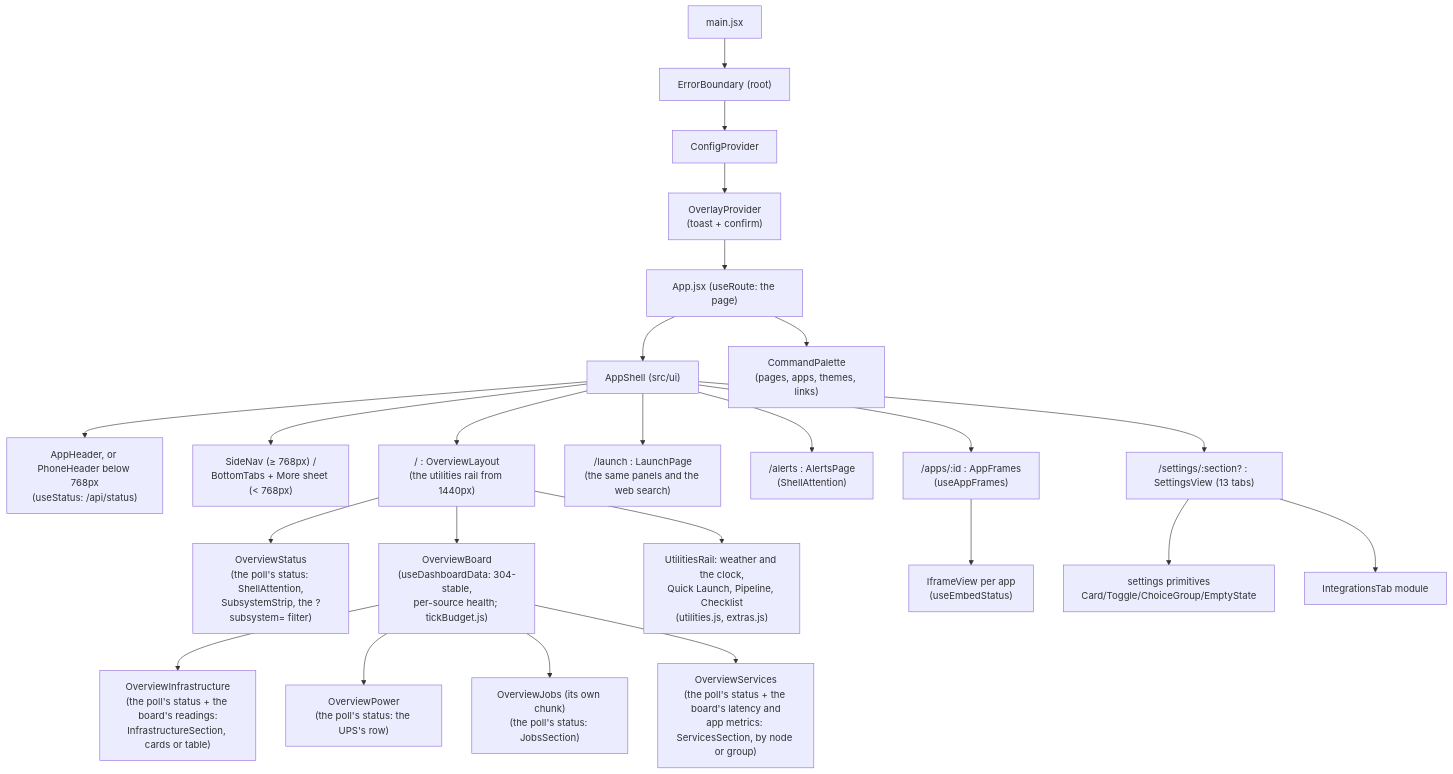
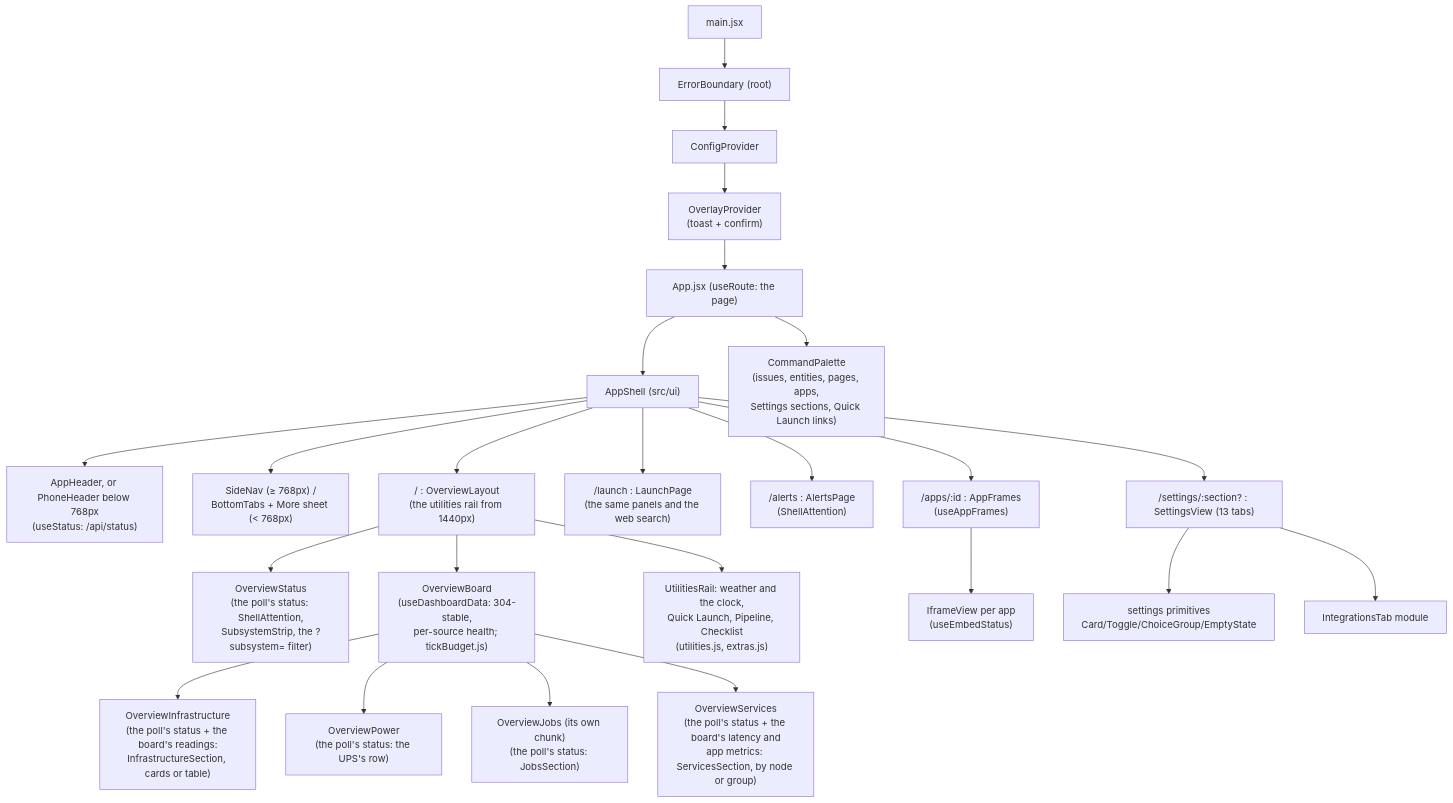
One commit to jagbhandal/jaghelm changed the fourth of 5 diagrams in docs/ARCHITECTURE.md. Above: the diagram before and after it, drawn with Mermaid. The commit also changed other lines of this file and 3 other files, not shown here.

First line of the commit message:
docs: the command palette's index, look and keys; changelog for #315

````diff
--- a/docs/ARCHITECTURE.md
+++ b/docs/ARCHITECTURE.md
@@ -2122,26 +2123,26 @@
 ```mermaid
 flowchart TD
   MAIN["main.jsx"] --> EB["ErrorBoundary (root)"]
   EB --> CP["ConfigProvider"]
   CP --> OP["OverlayProvider<br/>(toast + confirm)"]
   OP --> APP["App.jsx (useRoute: the page)"]
   APP --> SH["AppShell (src/ui)"]
   SH --> HD["AppHeader, or PhoneHeader below 768px<br/>(useStatus: /api/status)"]
   SH --> SN["SideNav (≥ 768px) /<br/>BottomTabs + More sheet (< 768px)"]
-  APP --> CPAL["CommandPalette<br/>(pages, apps, themes, links)"]
+  APP --> CPAL["CommandPalette<br/>(issues, entities, pages, apps,<br/>Settings sections, Quick Launch links)"]
   SH --> OL["/ : OverviewLayout<br/>(the utilities rail from 1440px)"]
   OL --> OS["OverviewStatus<br/>(the poll's status: ShellAttention,<br/>SubsystemStrip, the ?subsystem= filter)"]
   OL --> DV["OverviewBoard<br/>(useDashboardData: 304-stable,<br/>per-source health; tickBudget.js)"]
   OL --> UR["UtilitiesRail: weather and the clock,<br/>Quick Launch, Pipeline, Checklist<br/>(utilities.js, extras.js)"]
   SH --> LP["/launch : LaunchPage<br/>(the same panels and the web search)"]
   DV --> OI["OverviewInfrastructure<br/>(the poll's status + the board's readings:<br/>InfrastructureSection, cards or table)"]
   DV --> OPW["OverviewPower<br/>(the poll's status: the UPS's row)"]
   DV --> OJ["OverviewJobs (its own chunk)<br/>(the poll's status: JobsSection)"]
   DV --> OSV["OverviewServices<br/>(the poll's status + the board's latency and<br/>app metrics: ServicesSection, by node or group)"]
   SH --> AP["/alerts : AlertsPage<br/>(ShellAttention)"]
   SH --> SV["/settings/:section? : SettingsView (13 tabs)"]
   SH --> AF["/apps/:id : AppFrames<br/>(useAppFrames)"]
   AF --> IV["IframeView per app<br/>(useEmbedStatus)"]
   SV --> PRIM["settings primitives<br/>Card/Toggle/ChoiceGroup/EmptyState"]
   SV --> ITAB["IntegrationsTab module"]
 ```
````
